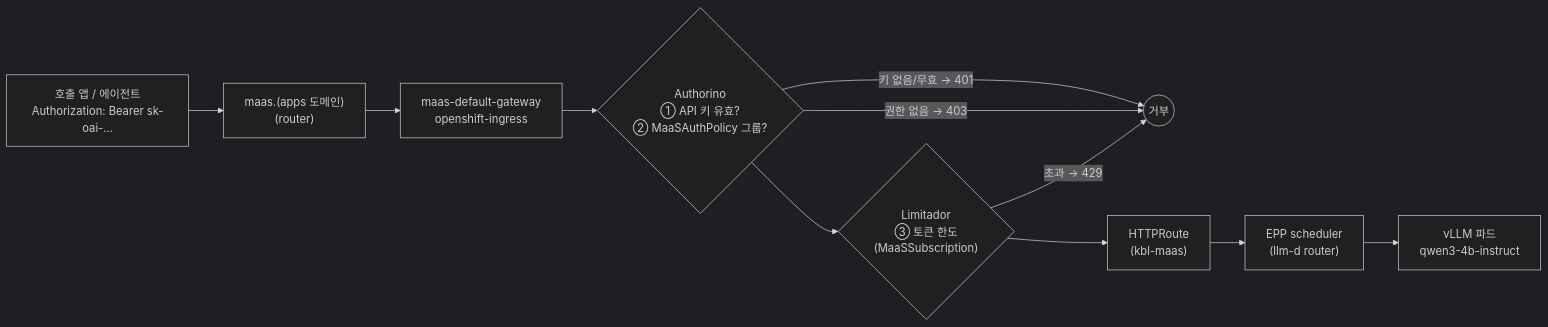
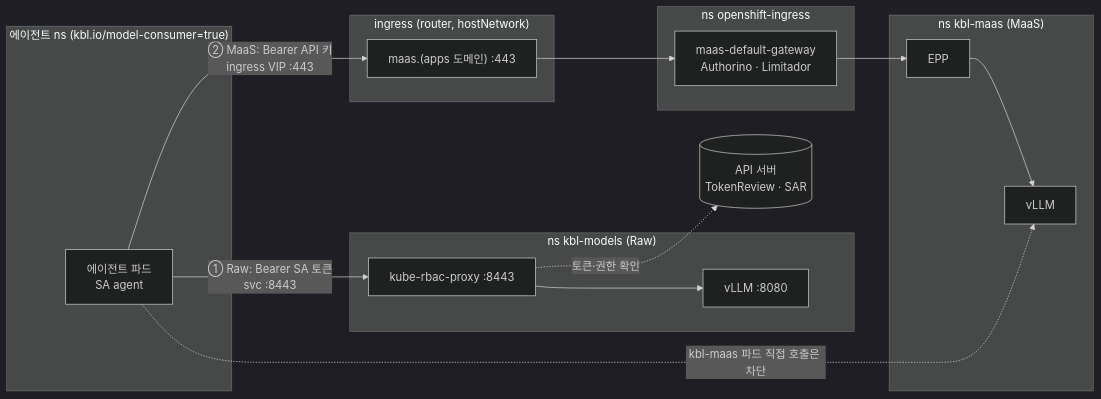
The second of 4 diagrams in deploy/kbl-ai-gitops.md (edwin-noh/model-lifecycle), drawn with Mermaid (dark theme) before and after one commit. The commit also changed other lines of this file, not shown here.

Commit message:
docs(kbl-ai-gitops): Raw+MaaS together, per-namespace network matrix, in/out-cluster call flows, change impact

````diff
--- a/deploy/kbl-ai-gitops.md
+++ b/deploy/kbl-ai-gitops.md
@@ -149,13 +189,23 @@
 ```mermaid
 flowchart LR
-  APP["호출 앱 / 에이전트<br/>Authorization: Bearer sk-oai-…"] --> R["maas.(apps 도메인)<br/>(router)"]
-  R --> GW["maas-default-gateway<br/>openshift-ingress"]
-  GW --> AUTH{"Authorino<br/>① API 키 유효?<br/>② MaaSAuthPolicy 그룹?"}
-  AUTH -- "키 없음/무효 → 401" --> X1(("거부"))
-  AUTH -- "권한 없음 → 403" --> X1
-  AUTH --> LIM{"Limitador<br/>③ 토큰 한도<br/>(MaaSSubscription)"}
-  LIM -- "초과 → 429" --> X1
-  LIM --> HR["HTTPRoute<br/>(kbl-maas)"]
-  HR --> EPP["EPP scheduler<br/>(llm-d router)"]
-  EPP --> V["vLLM 파드<br/>qwen3-4b-instruct"]
+  subgraph AGNS["에이전트 ns (kbl.io/model-consumer=true)"]
+    AG["에이전트 파드<br/>SA agent"]
+  end
+  subgraph KM["ns kbl-models (Raw)"]
+    PX["kube-rbac-proxy :8443"] --> V1["vLLM :8080"]
+  end
+  API[("API 서버<br/>TokenReview · SAR")]
+  subgraph ING["ingress (router, hostNetwork)"]
+    R["maas.(apps 도메인) :443"]
+  end
+  subgraph OI["ns openshift-ingress"]
+    GW["maas-default-gateway<br/>Authorino · Limitador"]
+  end
+  subgraph KMS["ns kbl-maas (MaaS)"]
+    EPP["EPP"] --> V2["vLLM"]
+  end
+  AG -- "① Raw: Bearer SA 토큰<br/>svc :8443" --> PX
+  PX -. "토큰·권한 확인" .-> API
+  AG -- "② MaaS: Bearer API 키<br/>ingress VIP :443" --> R --> GW --> EPP
+  AG -. "kbl-maas 파드 직접 호출은 차단" .-> V2
 ```
````
